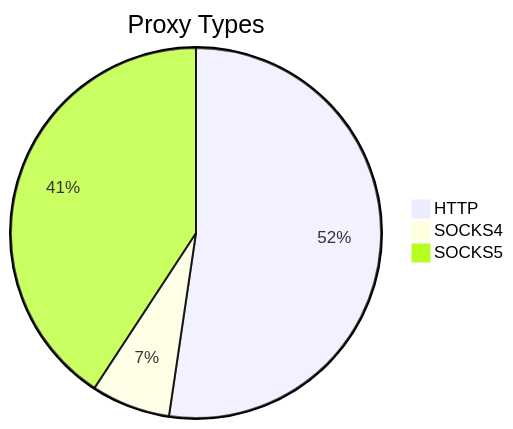
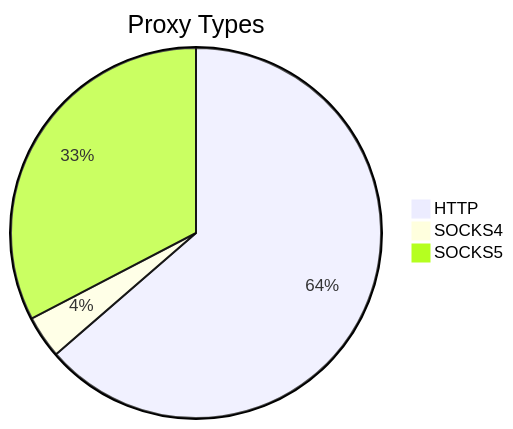
One commit to stormsia/proxy-list changed the first of 2 diagrams in README.md. Above: the diagram before and after it, drawn with Mermaid. The commit also changed other lines of this file, not shown here.

````diff
--- a/README.md
+++ b/README.md
@@ -21,6 +21,6 @@
 ```mermaid
 pie title Proxy Types
-    "HTTP" : 258
-    "SOCKS4" : 34
-    "SOCKS5" : 201
+    "HTTP" : 154
+    "SOCKS4" : 9
+    "SOCKS5" : 79
 ```
````
